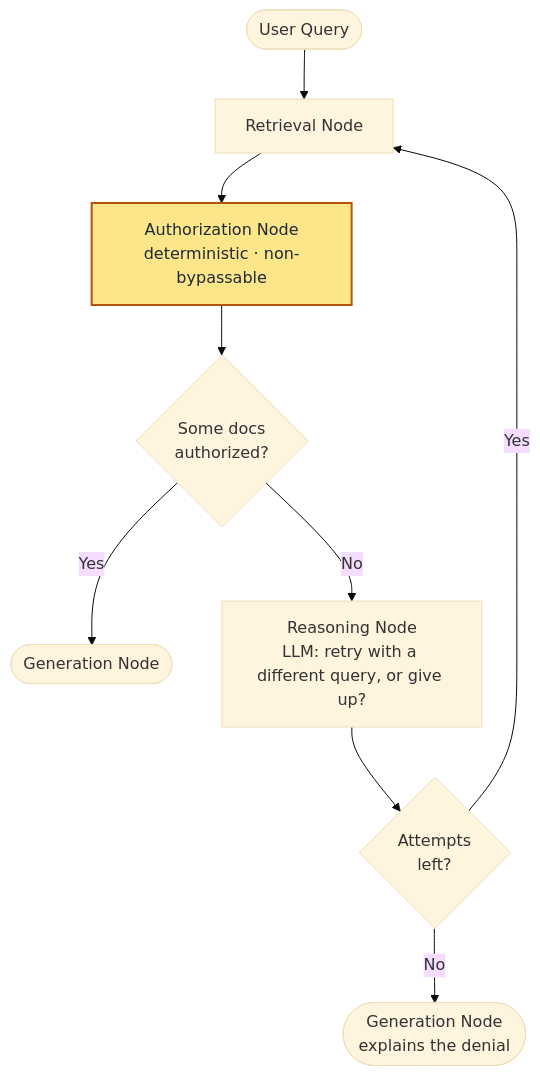
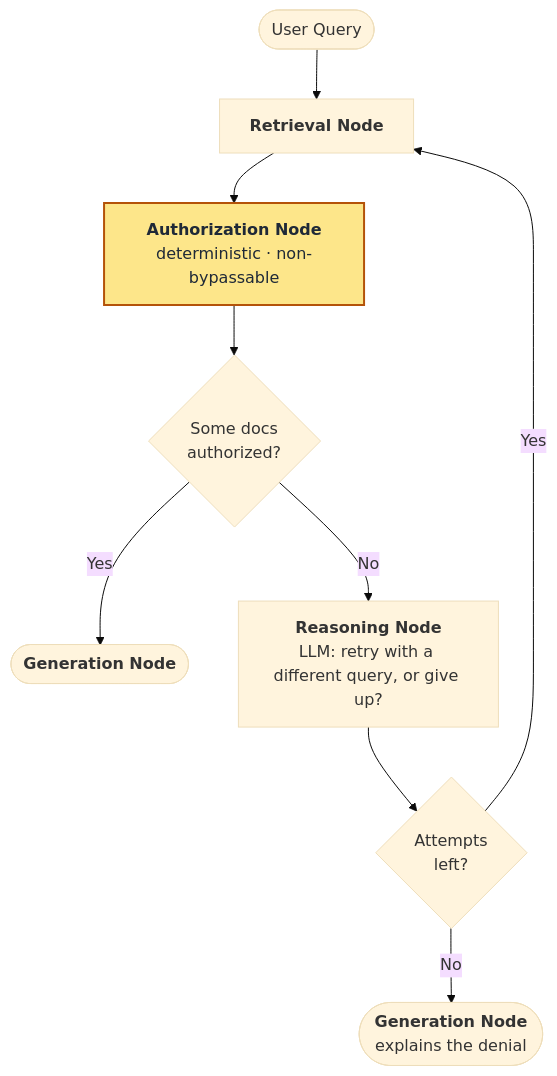
One commit to authzed/examples changed the second of 2 diagrams in agentic-rag-authorization/README.md. Above: the diagram before and after it, drawn with Mermaid (base theme). The commit also changed other lines of this file, not shown here.

Commit message:
agentic-rag: bold node names in Mermaid flow diagrams

````diff
--- a/agentic-rag-authorization/README.md
+++ b/agentic-rag-authorization/README.md
@@ -208,13 +170,13 @@
 ```mermaid
 flowchart TD
-    Q([User Query]) --> R[Retrieval Node]
-    R --> A[Authorization Node<br/>deterministic · non-bypassable]
+    Q([User Query]) --> R[<b>Retrieval Node</b>]
+    R --> A[<b>Authorization Node</b><br/>deterministic · non-bypassable]
     A --> D{Some docs<br/>authorized?}
-    D -->|Yes| G([Generation Node])
-    D -->|No| RE[Reasoning Node<br/>LLM: retry with a different query, or give up?]
+    D -->|Yes| G([<b>Generation Node</b>])
+    D -->|No| RE[<b>Reasoning Node</b><br/>LLM: retry with a different query, or give up?]
     RE --> AL{Attempts<br/>left?}
     AL -->|Yes| R
-    AL -->|No| G2([Generation Node<br/>explains the denial])
+    AL -->|No| G2([<b>Generation Node</b><br/>explains the denial])
     class A boundary
     classDef boundary fill:#fde68a,stroke:#b45309,stroke-width:2px,color:#1f2937;
 ```
````
